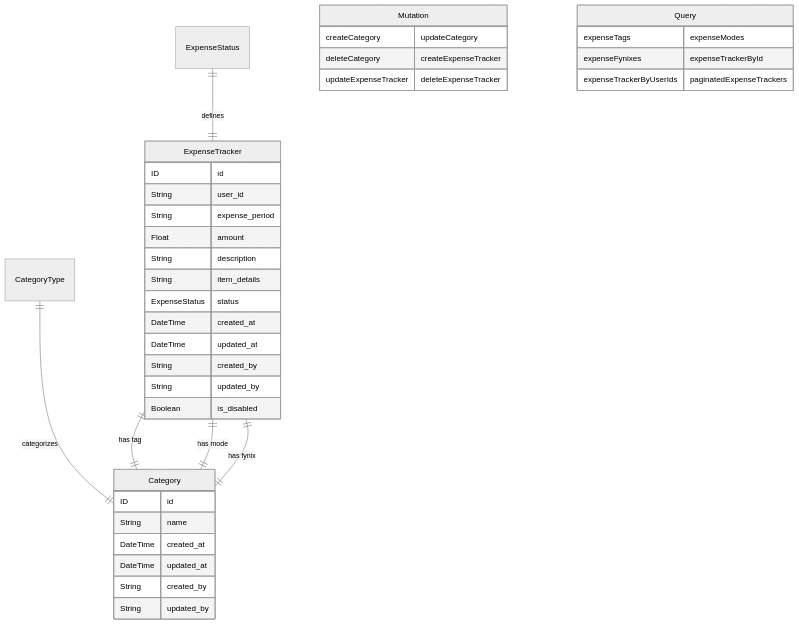
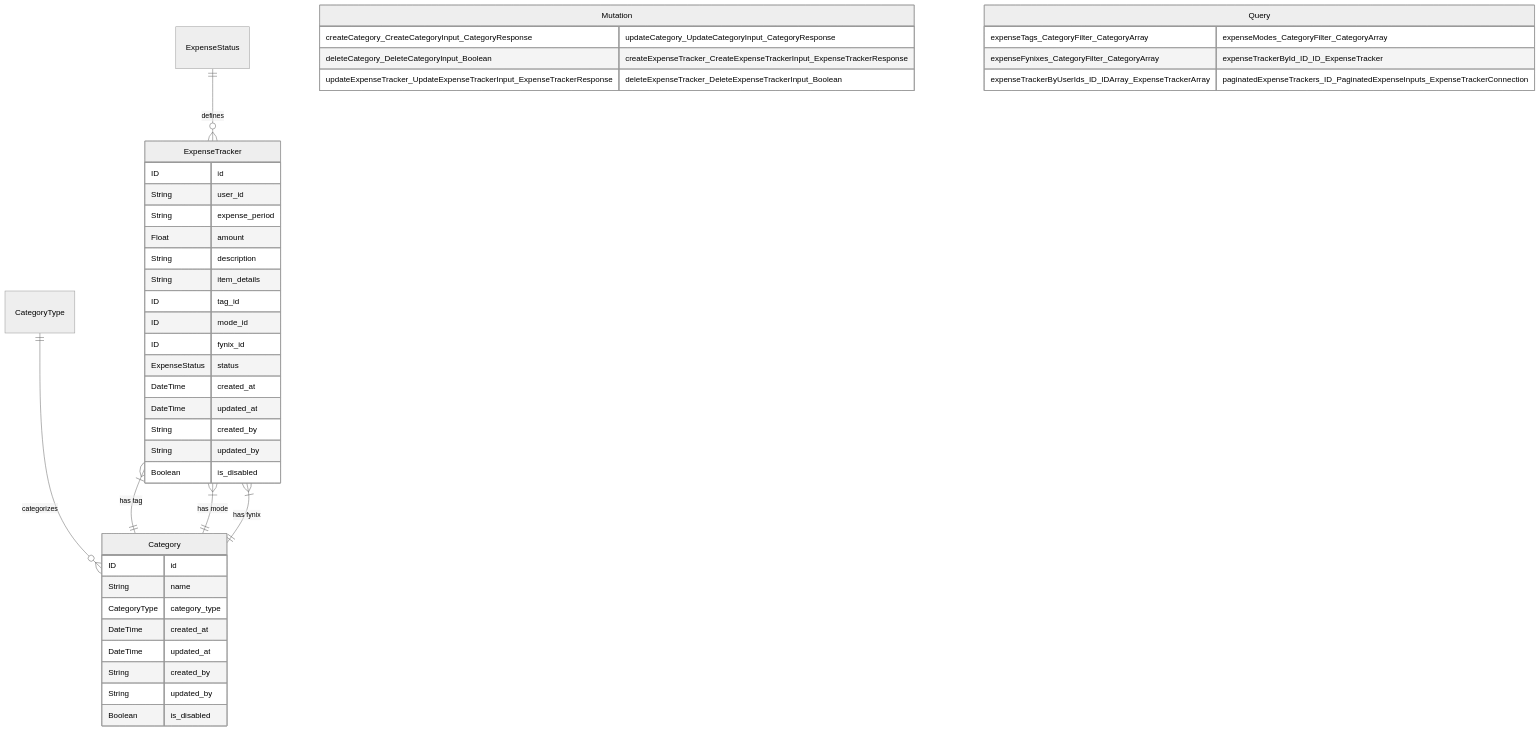
Before and after one commit to vinodhj/expense-microservices: the diagram in docs/mermaid/graphql-schema.mermaid, drawn with Mermaid (neutral theme). The commit also changed 6 other files, not shown here.

```diff
--- a/docs/mermaid/graphql-schema.mermaid
+++ b/docs/mermaid/graphql-schema.mermaid
@@ -1,49 +1,54 @@
 erDiagram
-    Category {
-        ID id
-        String name
-        DateTime created_at
-        DateTime updated_at
-        String created_by
-        String updated_by
-    }
+Category {
+ID id
+String name
+CategoryType category_type
+DateTime created_at
+DateTime updated_at
+String created_by
+String updated_by
+Boolean is_disabled
+}
 
-    ExpenseTracker {
-        ID id
-        String user_id
-        String expense_period
-        Float amount
-        String description
-        String item_details
-        ExpenseStatus status
-        DateTime created_at
-        DateTime updated_at
-        String created_by
-        String updated_by
-        Boolean is_disabled
-    }
+ExpenseTracker {
+ID id
+String user_id
+String expense_period
+Float amount
+String description
+String item_details
+ID tag_id
+ID mode_id
+ID fynix_id
+ExpenseStatus status
+DateTime created_at
+DateTime updated_at
+String created_by
+String updated_by
+Boolean is_disabled
+}
 
-    ExpenseStatus ||--|| ExpenseTracker : defines
-    CategoryType ||--|| Category : categorizes
+CategoryType ||--o{ Category : categorizes
+ExpenseStatus ||--o{ ExpenseTracker : defines
 
-    ExpenseTracker ||--|| Category : "has tag"
-    ExpenseTracker ||--|| Category : "has mode"
-    ExpenseTracker ||--|| Category : "has fynix"
+ExpenseTracker }|--|| Category : "has tag"
+ExpenseTracker }|--|| Category : "has mode"
+ExpenseTracker }|--|| Category : "has fynix"
 
-    Mutation {
-        createCategory
-        updateCategory
-        deleteCategory
-        createExpenseTracker
-        updateExpenseTracker
-        deleteExpenseTracker
-    }
+Mutation {
+createCategory_CreateCategoryInput_CategoryResponse
+updateCategory_UpdateCategoryInput_CategoryResponse
+deleteCategory_DeleteCategoryInput_Boolean
+createExpenseTracker_CreateExpenseTrackerInput_ExpenseTrackerResponse
+updateExpenseTracker_UpdateExpenseTrackerInput_ExpenseTrackerResponse
+deleteExpenseTracker_DeleteExpenseTrackerInput_Boolean
+}
 
-    Query {
-        expenseTags
-        expenseModes
-        expenseFynixes
-        expenseTrackerById
-        expenseTrackerByUserIds
-        paginatedExpenseTrackers
-    }
+Query {
+expenseTags_CategoryFilter_CategoryArray
+expenseModes_CategoryFilter_CategoryArray
+expenseFynixes_CategoryFilter_CategoryArray
+expenseTrackerById_ID_ID_ExpenseTracker
+expenseTrackerByUserIds_ID_IDArray_ExpenseTrackerArray
+paginatedExpenseTrackers_ID_PaginatedExpenseInputs_ExpenseTrackerConnection
+}
```
